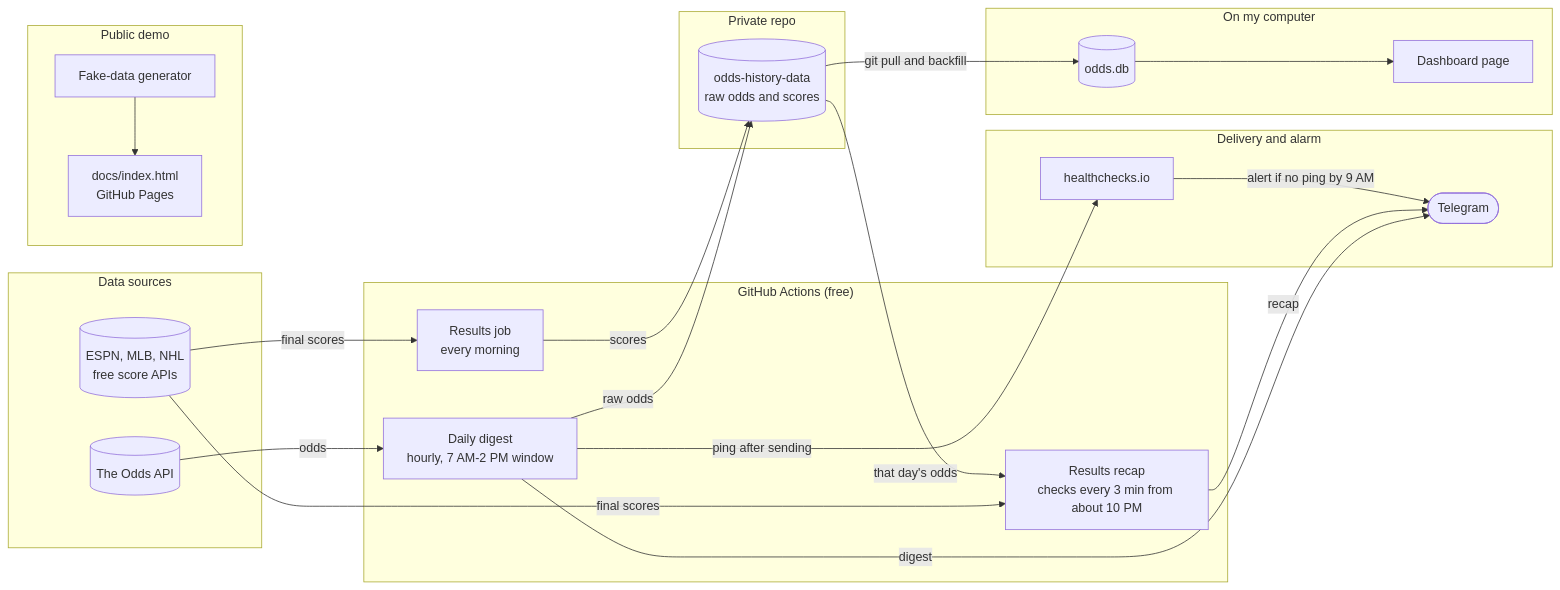
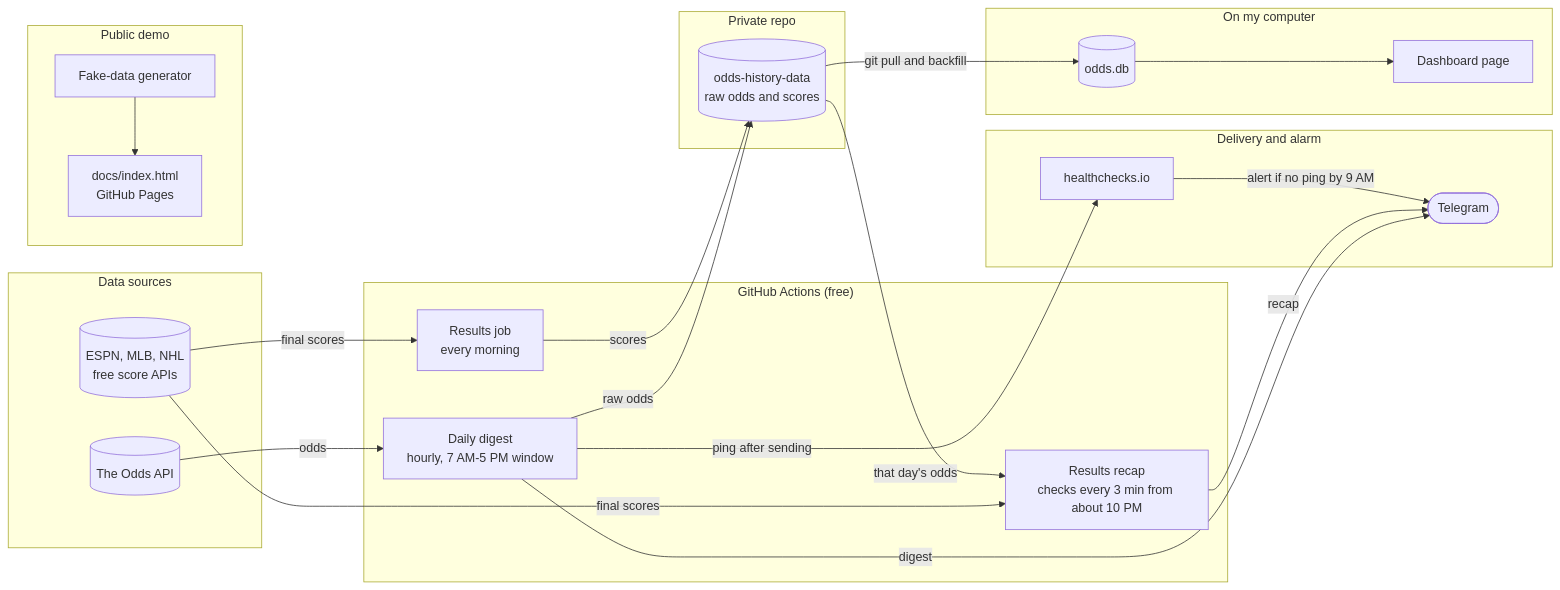
Before and after one commit to Vic-Analytics/odds-bot: the diagram in README.md, drawn with Mermaid. The commit also changed other lines of this file and 8 other files, not shown here.

````diff
--- a/README.md
+++ b/README.md
@@ -87,42 +87,42 @@
 ```mermaid
 flowchart LR
     subgraph sources["Data sources"]
         oddsapi[("The Odds API")]
         scoresapi[("ESPN, MLB, NHL<br/>free score APIs")]
     end
 
     subgraph cloud["GitHub Actions (free)"]
-        digest["Daily digest<br/>hourly, 7 AM-2 PM window"]
+        digest["Daily digest<br/>hourly, 7 AM-5 PM window"]
         results["Results job<br/>every morning"]
         recap["Results recap<br/>checks every 3 min from about 10 PM"]
     end
 
     subgraph store["Private repo"]
         data[("odds-history-data<br/>raw odds and scores")]
     end
 
     subgraph out["Delivery and alarm"]
         telegram(["Telegram"])
         hc["healthchecks.io"]
     end
 
     subgraph mine["On my computer"]
         db[("odds.db")] --> dashboard["Dashboard page"]
     end
 
     subgraph demo["Public demo"]
         gen["Fake-data generator"] --> demopage["docs/index.html<br/>GitHub Pages"]
     end
 
     oddsapi -->|odds| digest
     scoresapi -->|final scores| results
     scoresapi -->|final scores| recap
     digest -->|raw odds| data
     results -->|scores| data
     data -->|that day's odds| recap
     digest -->|digest| telegram
     recap -->|recap| telegram
     digest -->|ping after sending| hc
     hc -->|alert if no ping by 9 AM| telegram
     data -->|git pull and backfill| db
 ```
````
